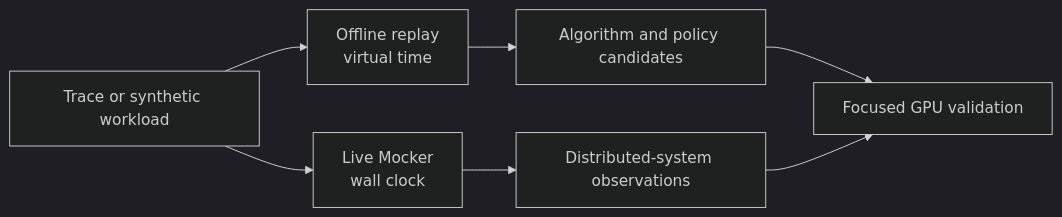
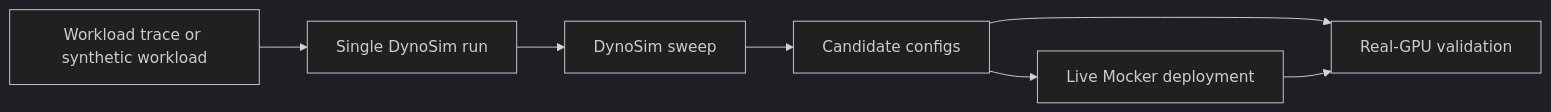
Before and after one commit to ai-dynamo/dynamo: the diagram in fern/pages-dev/dynosim/README.md, drawn with Mermaid (dark theme). The commit also changed other lines of this file and 542 other files, not shown here.

````diff
--- a/fern/pages-dev/dynosim/README.md
+++ b/fern/pages-dev/dynosim/README.md
@@ -22,9 +45,9 @@
 ```mermaid
 flowchart LR
-    W["Trace or synthetic workload"] --> O["Offline replay<br/>virtual time"]
-    W --> L["Live Mocker<br/>wall clock"]
-    O --> A["Algorithm and policy candidates"]
-    L --> D["Distributed-system observations"]
-    A --> G["Focused GPU validation"]
-    D --> G
+    W["Workload trace or synthetic workload"] --> R["Single DynoSim run"]
+    R --> S["DynoSim sweep"]
+    S --> C["Candidate configs"]
+    C --> M["Live Mocker deployment"]
+    C --> G["Real-GPU validation"]
+    M --> G
 ```
````
